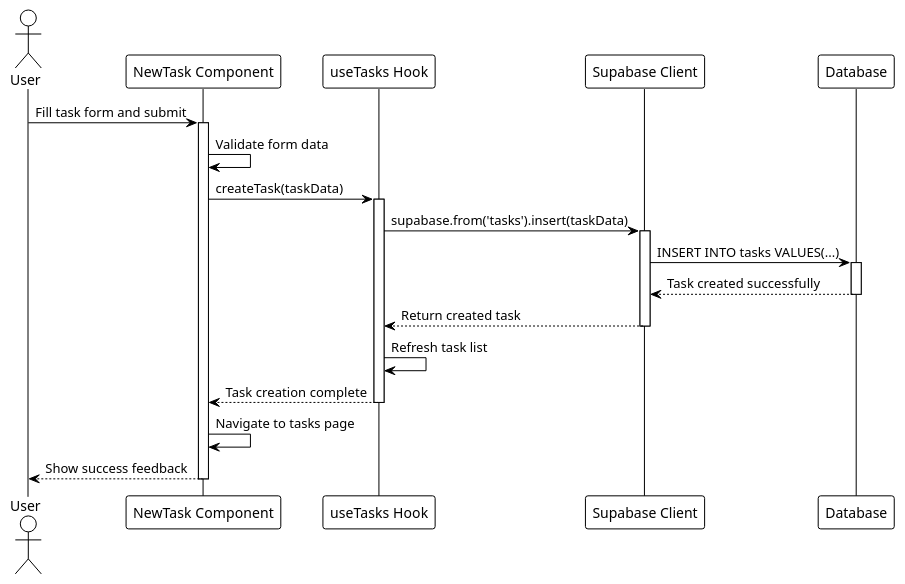
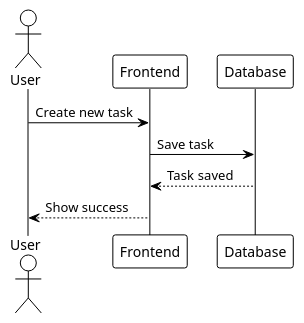
The diagram in docs/diagrams/sequence-diagram.puml (Karthik7664/task_management), drawn with PlantUML before and after one commit. The commit also changed 4 other files, not shown here.

Commit message:
Simplify UML Diagrams

```diff
--- a/docs/diagrams/sequence-diagram.puml
+++ b/docs/diagrams/sequence-diagram.puml
@@ -1,38 +1,14 @@
 @startuml
 !theme plain
 skinparam backgroundColor white
 
 actor User as U
-participant "NewTask Component" as NT
-participant "useTasks Hook" as UT
-participant "Supabase Client" as SC
+participant "Frontend" as F
 participant "Database" as DB
 
-U -> NT: Fill task form and submit
-activate NT
-
-NT -> NT: Validate form data
-NT -> UT: createTask(taskData)
-activate UT
-
-UT -> SC: supabase.from('tasks').insert(taskData)
-activate SC
-
-SC -> DB: INSERT INTO tasks VALUES(...)
-activate DB
-
-DB --> SC: Task created successfully
-deactivate DB
-
-SC --> UT: Return created task
-deactivate SC
-
-UT -> UT: Refresh task list
-UT --> NT: Task creation complete
-deactivate UT
-
-NT -> NT: Navigate to tasks page
-NT --> U: Show success feedback
-deactivate NT
+U -> F: Create new task
+F -> DB: Save task
+DB --> F: Task saved
+F --> U: Show success
 
 @enduml
```
